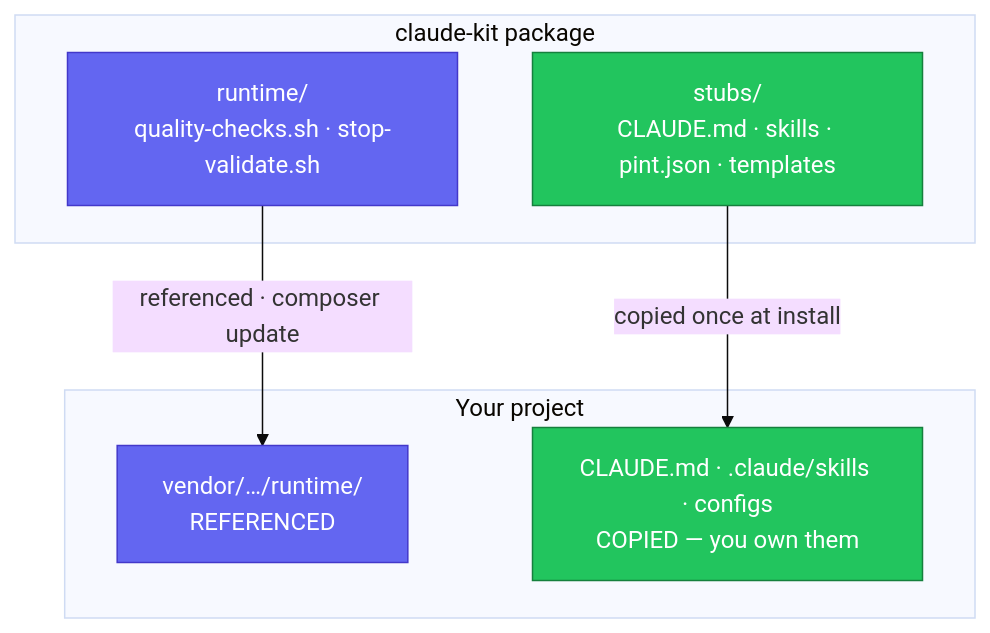
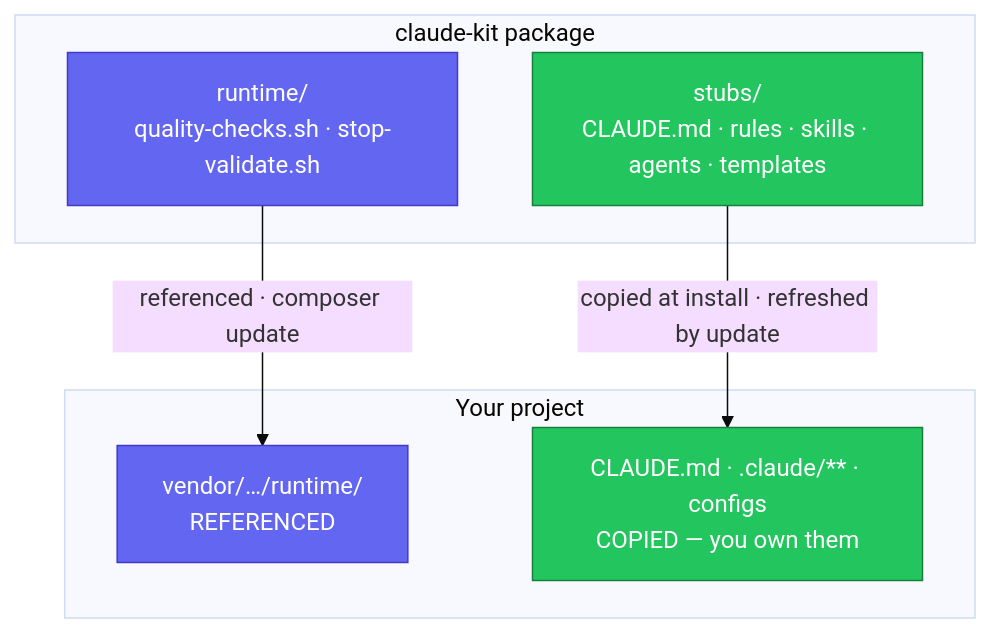
One commit to mohamed-ashraf-elsaed/claude-kit changed the first of 2 diagrams in docs/Architecture.md. Above: the diagram before and after it, drawn with Mermaid (base theme). The commit also changed other lines of this file and 75 other files, not shown here.

````diff
--- a/docs/Architecture.md
+++ b/docs/Architecture.md
@@ -9,16 +9,16 @@
 ```mermaid
 flowchart TB
     subgraph pkg [claude-kit package]
         RT[runtime/<br/>quality-checks.sh · stop-validate.sh]
-        ST[stubs/<br/>CLAUDE.md · skills · pint.json · templates]
+        ST[stubs/<br/>CLAUDE.md · rules · skills · agents · templates]
     end
     subgraph host [Your project]
         V[vendor/…/runtime/<br/>REFERENCED]
-        O[CLAUDE.md · .claude/skills · configs<br/>COPIED — you own them]
+        O[CLAUDE.md · .claude/** · configs<br/>COPIED — you own them]
     end
     RT -- "referenced · composer update" --> V
-    ST -- "copied once at install" --> O
+    ST -- "copied at install · refreshed by update" --> O
     classDef a fill:#6366f1,stroke:#4338ca,color:#fff;
     classDef b fill:#22c55e,stroke:#15803d,color:#fff;
     class RT,V a; class ST,O b;
 ```
````
